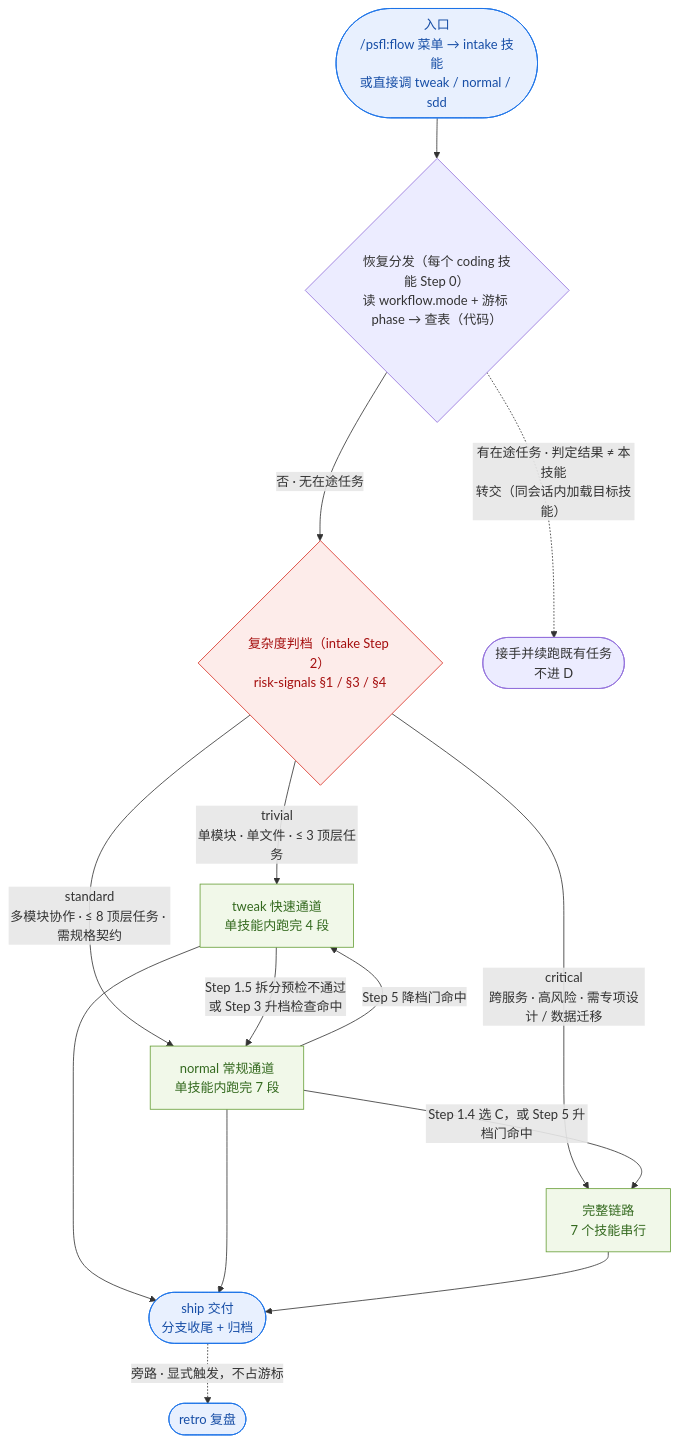
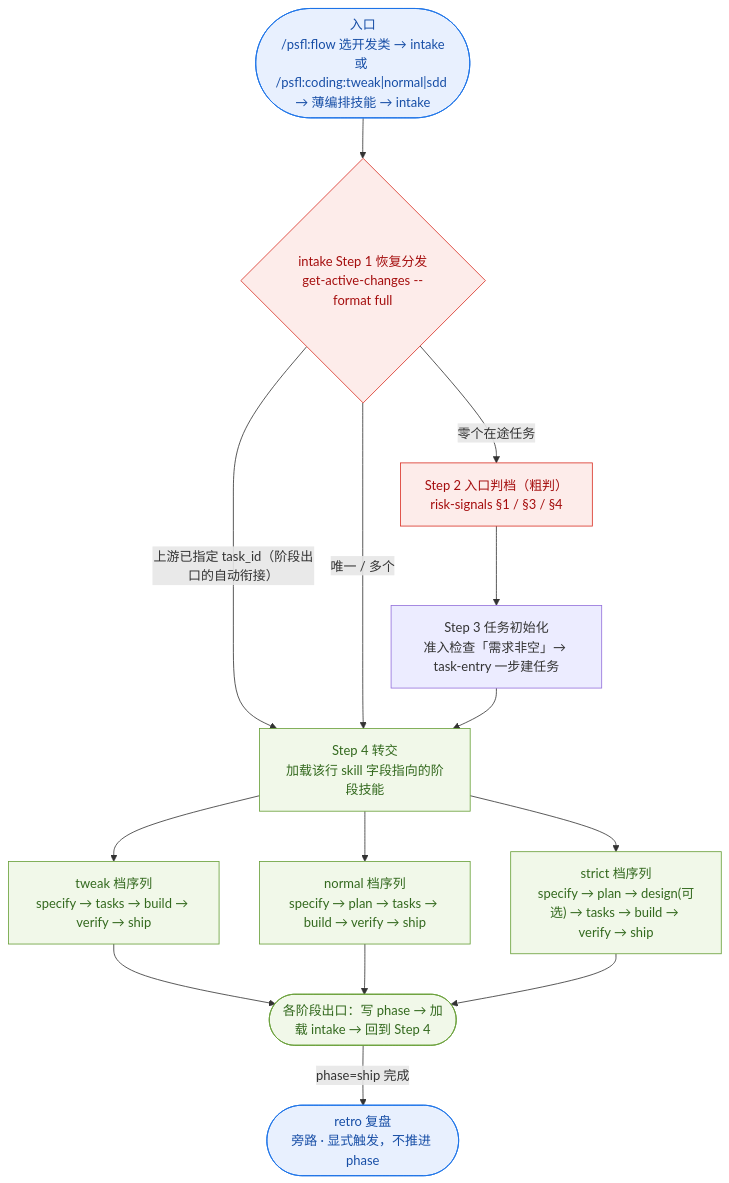
The first of 12 diagrams in docs/architecture/coding-workflow-flows.md (incodingless/polaris-flow), drawn with Mermaid before and after one commit. The commit also changed other lines of this file and 46 other files, not shown here.

````diff
--- a/docs/architecture/coding-workflow-flows.md
+++ b/docs/architecture/coding-workflow-flows.md
@@ -24,28 +34,26 @@
 ```mermaid
 flowchart TD
-    IN(["入口<br/>/psfl:flow 菜单 → intake 技能<br/>或直接调 tweak / normal / sdd"])
-    IN --> RC{"恢复分发（每个 coding 技能 Step 0）<br/>读 workflow.mode + 游标 phase → 查表（代码）"}
+    CMD(["入口<br/>/psfl:flow 选开发类 → intake<br/>或 /psfl:coding:tweak|normal|sdd → 薄编排技能 → intake"])
+    CMD --> S1{"intake Step 1 恢复分发<br/>get-active-changes --format full"}
+    S1 -->|"上游已指定 task_id（阶段出口的自动衔接）"| HO
+    S1 -->|"零个在途任务"| S2["Step 2 入口判档（粗判）<br/>risk-signals §1 / §3 / §4"]
+    S1 -->|"唯一 / 多个"| HO["Step 4 转交<br/>加载该行 skill 字段指向的阶段技能"]
+    S2 --> S3["Step 3 任务初始化<br/>准入检查「需求非空」→ task-entry 一步建任务"]
+    S3 --> HO
 
-    RC -->|"否 · 无在途任务"| D{"复杂度判档（intake Step 2）<br/>risk-signals §1 / §3 / §4"}
-    RC -.->|"有在途任务 · 判定结果 ≠ 本技能<br/>转交（同会话内加载目标技能）"| RES(["接手并续跑既有任务<br/>不进 D"])
+    HO --> TW["tweak 档序列<br/>specify → tasks → build → verify → ship"]
+    HO --> NM["normal 档序列<br/>specify → plan → tasks → build → verify → ship"]
+    HO --> ST["strict 档序列<br/>specify → plan → design(可选) → tasks → build → verify → ship"]
 
-    D -->|"trivial<br/>单模块 · 单文件 · ≤ 3 顶层任务"| TW["tweak 快速通道<br/>单技能内跑完 4 段"]
-    D -->|"standard<br/>多模块协作 · ≤ 8 顶层任务 · 需规格契约"| NM["normal 常规通道<br/>单技能内跑完 7 段"]
-    D -->|"critical<br/>跨服务 · 高风险 · 需专项设计 / 数据迁移"| CL["完整链路<br/>7 个技能串行"]
-
-    TW -->|"Step 1.5 拆分预检不通过<br/>或 Step 3 升档检查命中"| NM
-    NM -->|"Step 1.4 选 C，或 Step 5 升档门命中"| CL
-    NM -->|"Step 5 降档门命中"| TW
-
-    TW --> SH(["ship 交付<br/>分支收尾 + 归档"])
-    NM --> SH
-    CL --> SH
-    SH -.->|"旁路 · 显式触发，不占游标"| RE(["retro 复盘"])
+    TW --> EX(["各阶段出口：写 phase → 加载 intake → 回到 Step 4"])
+    NM --> EX
+    ST --> EX
+    EX -->|"phase=ship 完成"| RE(["retro 复盘<br/>旁路 · 显式触发，不推进 phase"])
 
     classDef entry fill:#e8f0fe,stroke:#1a73e8,color:#174ea6
     classDef gate fill:#fdecea,stroke:#d93025,color:#a50e0e
     classDef skill fill:#f1f8e9,stroke:#689f38,color:#33691e
-    class IN,SH,RE entry
-    class D gate
-    class TW,NM,CL skill
+    class CMD,RE entry
+    class S1,S2 gate
+    class TW,NM,ST,HO,EX skill
 ```
````
